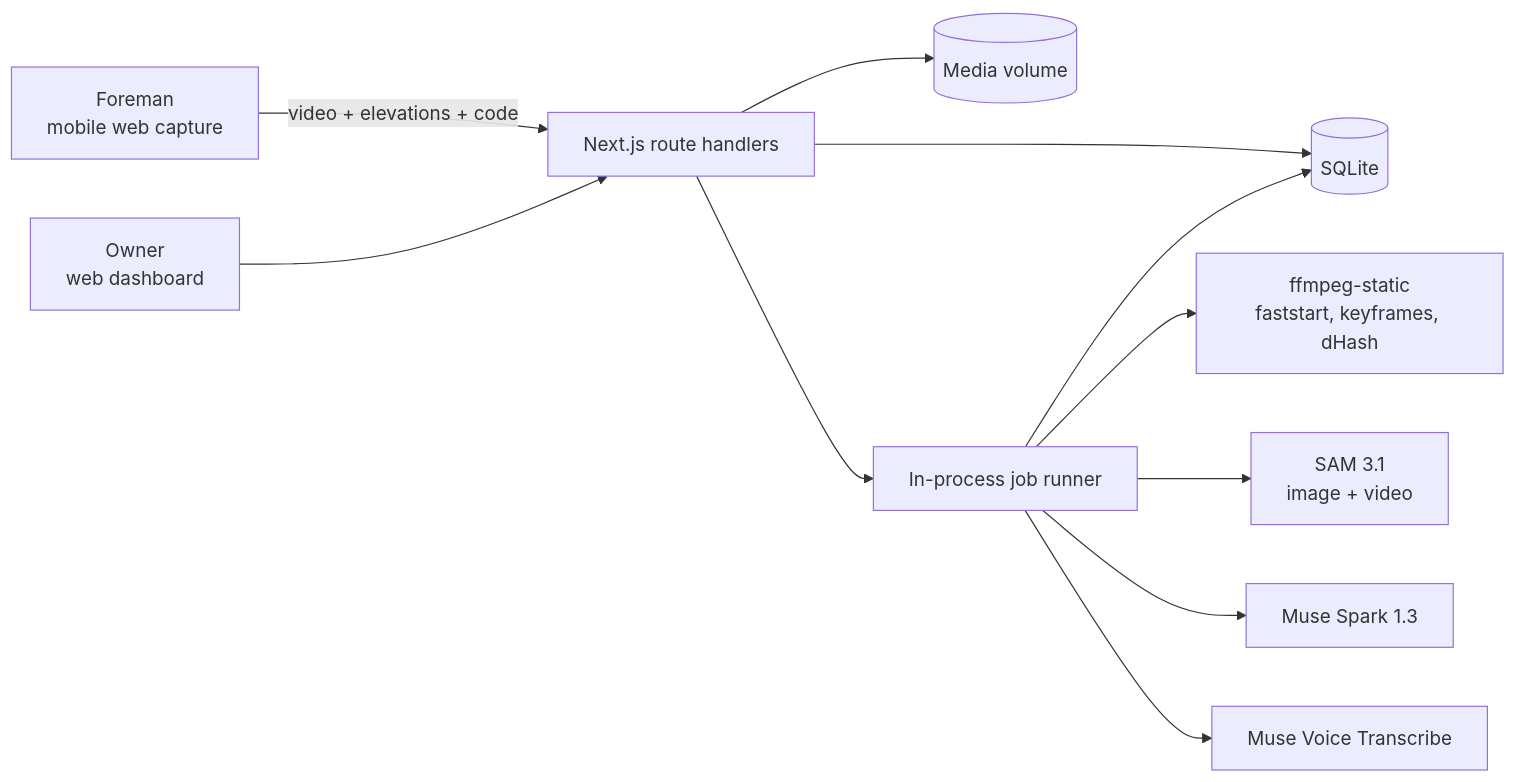
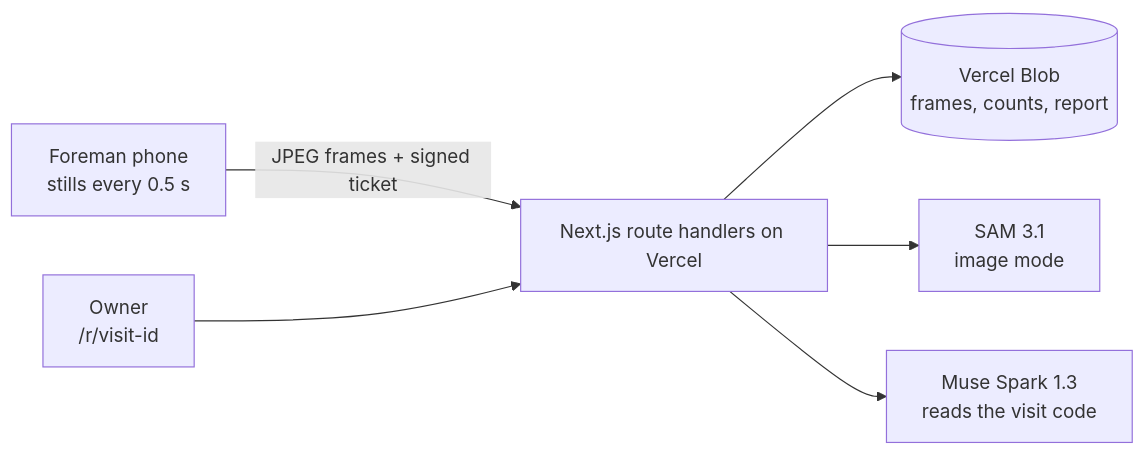
The diagram in ARCHITECTURE.md (techbone/plumbline), drawn with Mermaid before and after one commit. The commit also changed other lines of this file and 32 other files, not shown here.

Commit message:
feat: live frame capture, no database, shareable owner report

````diff
--- a/ARCHITECTURE.md
+++ b/ARCHITECTURE.md
@@ -34,13 +34,8 @@
 ```mermaid
 flowchart LR
-  F[Foreman<br/>mobile web capture] -->|video + elevations + code| API[Next.js route handlers]
-  O[Owner<br/>web dashboard] --> API
-  API --> DB[(SQLite)]
-  API --> FS[(Media volume)]
-  API --> Q[In-process job runner]
-  Q --> FF[ffmpeg-static<br/>faststart, keyframes, dHash]
-  Q --> SAM[SAM 3.1<br/>image + video]
-  Q --> SPARK[Muse Spark 1.3]
-  Q --> ASR[Muse Voice Transcribe]
-  Q --> DB
+  F[Foreman phone<br/>stills every 0.5 s] -->|JPEG frames + signed ticket| API[Next.js route handlers on Vercel]
+  O[Owner<br/>/r/visit-id] --> API
+  API --> BLOB[(Vercel Blob<br/>frames, counts, report)]
+  API --> SAM[SAM 3.1<br/>image mode]
+  API --> SPARK[Muse Spark 1.3<br/>reads the visit code]
 ```
````
